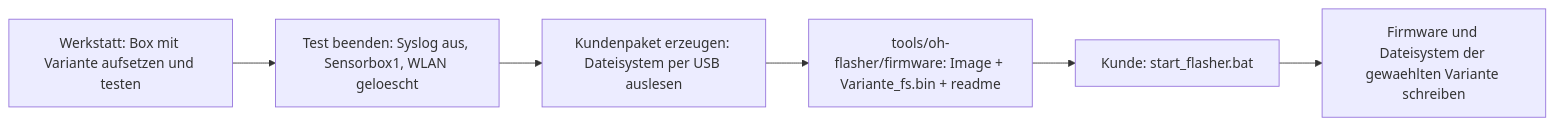
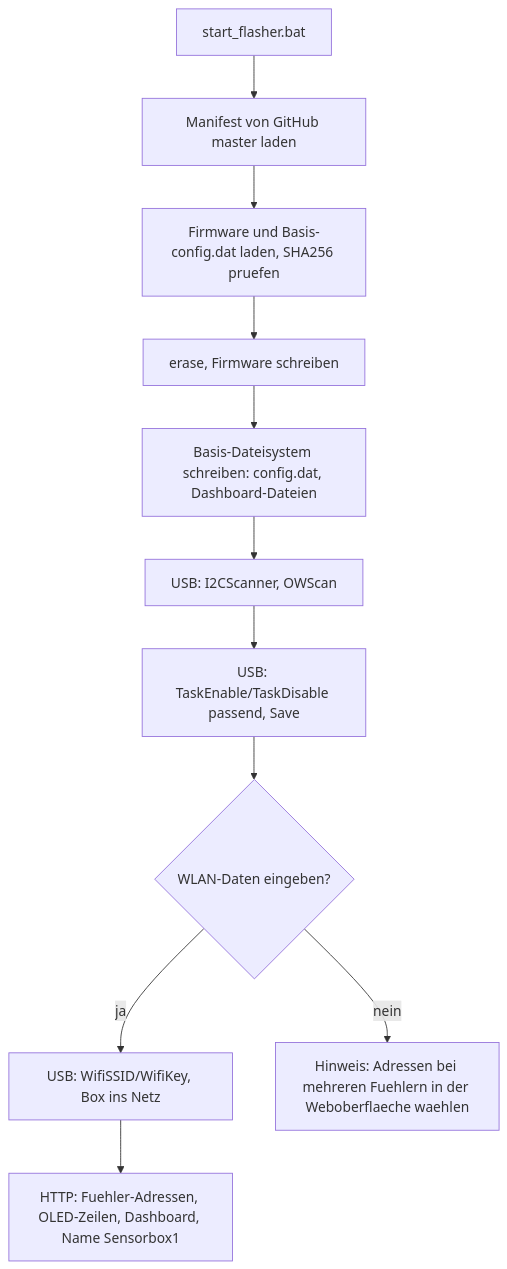
One commit to martament/openandhome changed the sixth of 6 diagrams in plans/espeasy-fertig-images.md. Above: the diagram before and after it, drawn with Mermaid. The commit also changed other lines of this file, not shown here.

Commit message:
Plan 12: Flasher mit Autoerkennung, Download aus dem Repo (nur Standalone)

````diff
--- a/plans/espeasy-fertig-images.md
+++ b/plans/espeasy-fertig-images.md
@@ -602,8 +608,13 @@
 ```mermaid
-flowchart LR
-    W1[Werkstatt: Box mit Variante aufsetzen und testen] --> W2[Test beenden: Syslog aus, Sensorbox1, WLAN geloescht]
-    W2 --> W3[Kundenpaket erzeugen: Dateisystem per USB auslesen]
-    W3 --> W4[tools/oh-flasher/firmware: Image + Variante_fs.bin + readme]
-    W4 --> K1[Kunde: start_flasher.bat]
-    K1 --> K2[Firmware und Dateisystem der gewaehlten Variante schreiben]
+flowchart TD
+    A[start_flasher.bat] --> B[Manifest von GitHub master laden]
+    B --> C[Firmware und Basis-config.dat laden, SHA256 pruefen]
+    C --> D[erase, Firmware schreiben]
+    D --> E[Basis-Dateisystem schreiben: config.dat, Dashboard-Dateien]
+    E --> F[USB: I2CScanner, OWScan]
+    F --> G[USB: TaskEnable/TaskDisable passend, Save]
+    G --> H{WLAN-Daten eingeben?}
+    H -- ja --> I[USB: WifiSSID/WifiKey, Box ins Netz]
+    I --> J[HTTP: Fuehler-Adressen, OLED-Zeilen, Dashboard, Name Sensorbox1]
+    H -- nein --> K[Hinweis: Adressen bei mehreren Fuehlern in der Weboberflaeche waehlen]
 ```
````
